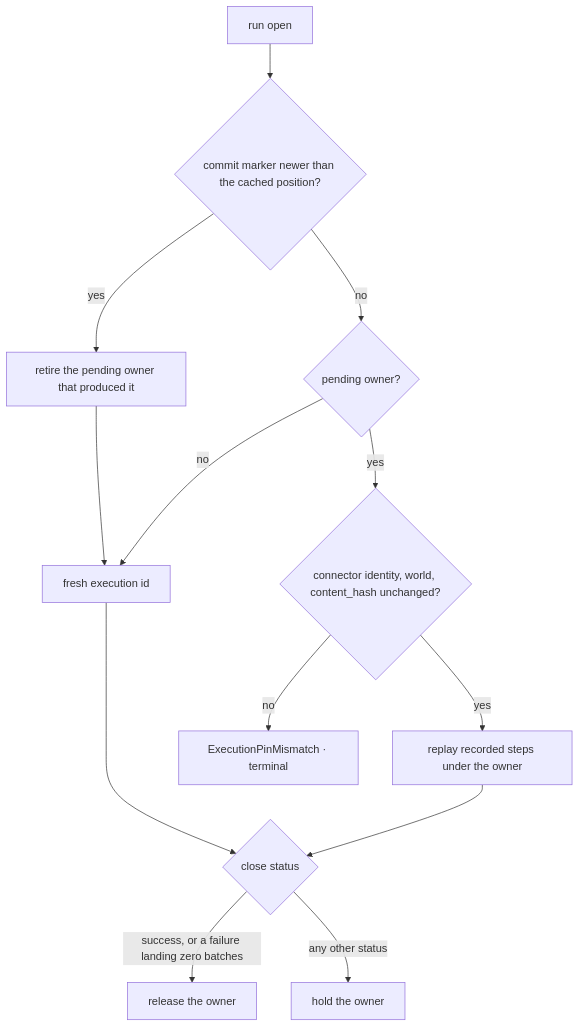
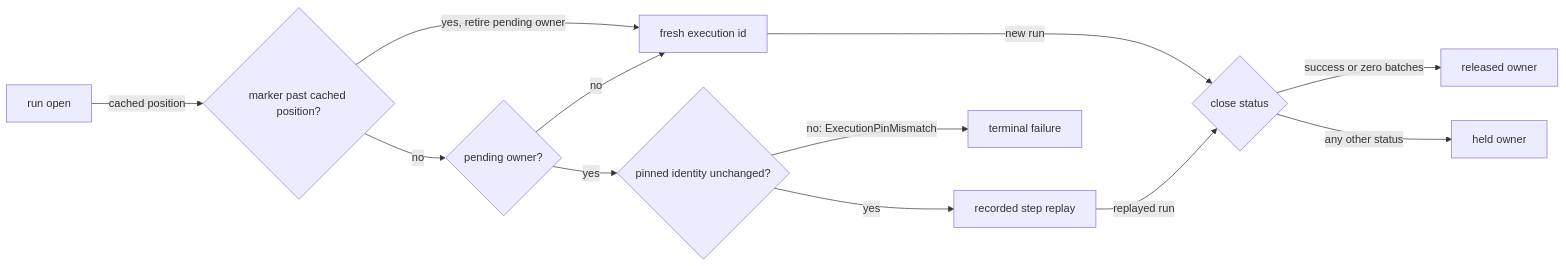
The fourth of 6 diagrams in spec/30-run.md (fractalboxdev/contextful), drawn with Mermaid before and after one commit. The commit also changed other lines of this file and 44 other files, not shown here.

First line of the commit message:
spec: diagrams draw entities and flows, and the checker enforces it (#12)

````diff
--- a/spec/30-run.md
+++ b/spec/30-run.md
@@ -240,15 +239,14 @@
 ```mermaid
-flowchart TD
-  O["run open"] --> M{"commit marker newer than the cached position?"}
-  M -->|yes| RET["retire the pending owner that produced it"]
-  M -->|no| P{"pending owner?"}
-  RET --> FRESH["fresh execution id"]
-  P -->|no| FRESH
-  P -->|yes| PIN{"connector identity, world, content_hash unchanged?"}
-  PIN -->|no| ERR["ExecutionPinMismatch · terminal"]
-  PIN -->|yes| REPLAY["replay recorded steps under the owner"]
-  REPLAY --> CLOSE{"close status"}
-  FRESH --> CLOSE
-  CLOSE -->|"success, or a failure landing zero batches"| REL["release the owner"]
-  CLOSE -->|"any other status"| HOLD["hold the owner"]
+flowchart LR
+  O["run open"] -->|"cached position"| M{"marker past cached position?"}
+  M -->|"yes, retire pending owner"| FRESH["fresh execution id"]
+  M -->|"no"| P{"pending owner?"}
+  P -->|"no"| FRESH
+  P -->|"yes"| PIN{"pinned identity unchanged?"}
+  PIN -->|"no: ExecutionPinMismatch"| ERR["terminal failure"]
+  PIN -->|"yes"| REPLAY["recorded step replay"]
+  REPLAY -->|"replayed run"| CLOSE{"close status"}
+  FRESH -->|"new run"| CLOSE
+  CLOSE -->|"success or zero batches"| REL["released owner"]
+  CLOSE -->|"any other status"| HOLD["held owner"]
 ```
````
